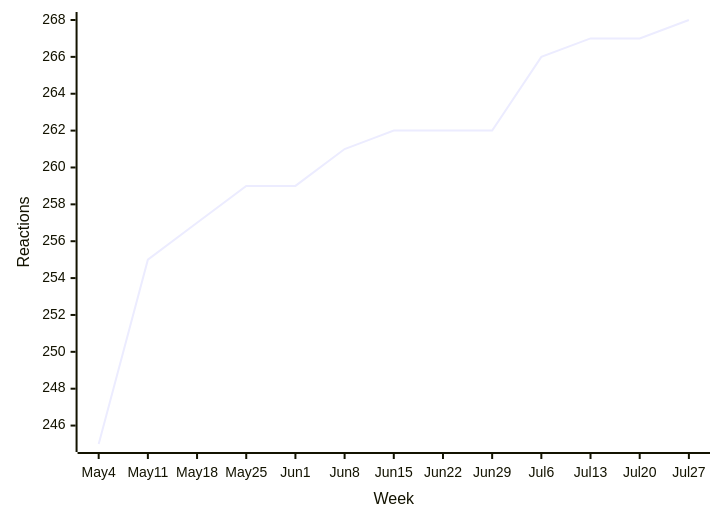
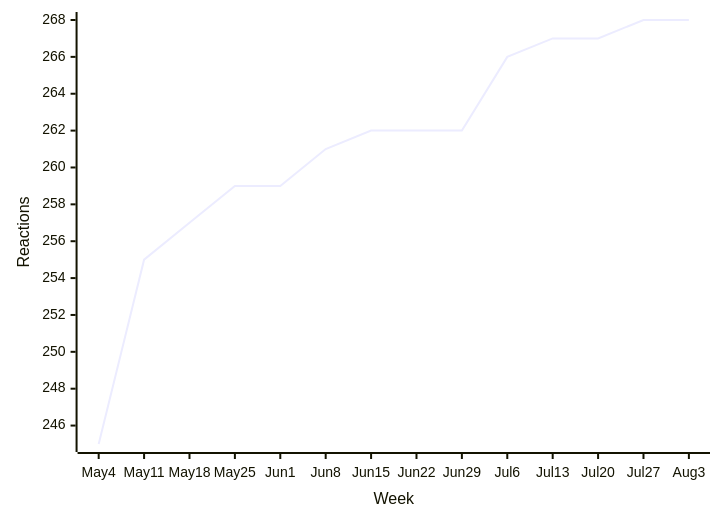
Before and after one commit to loic-sharma/github-insights: the fifth of 44 diagrams in README.md, drawn with Mermaid. The commit also changed other lines of this file and 3 other files, not shown here.

````diff
--- a/README.md
+++ b/README.md
@@ -407,6 +407,6 @@
   ```mermaid
   xychart-beta
-    x-axis "Week" [May 4, May 11, May 18, May 25, Jun 1, Jun 8, Jun 15, Jun 22, Jun 29, Jul 6, Jul 13, Jul 20, Jul 27]
+    x-axis "Week" [May 4, May 11, May 18, May 25, Jun 1, Jun 8, Jun 15, Jun 22, Jun 29, Jul 6, Jul 13, Jul 20, Jul 27, Aug 3]
     y-axis "Reactions"
-    line [245, 255, 257, 259, 259, 261, 262, 262, 262, 266, 267, 267, 268]
+    line [245, 255, 257, 259, 259, 261, 262, 262, 262, 266, 267, 267, 268, 268]
   ```
````
